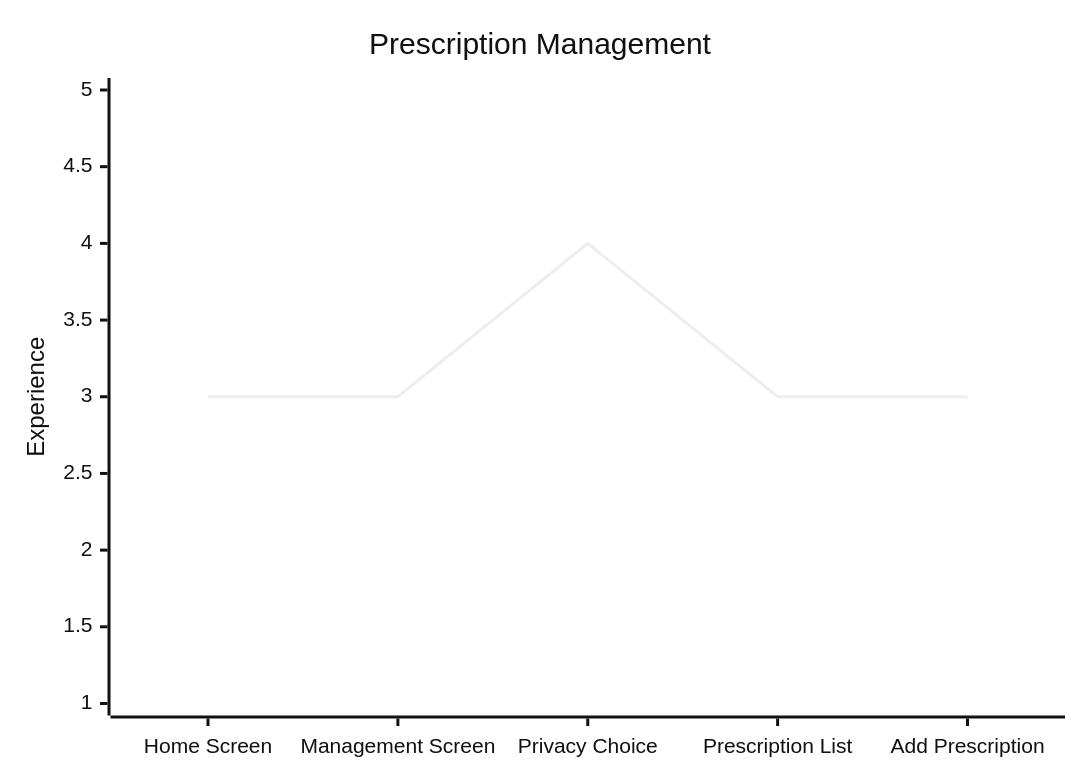
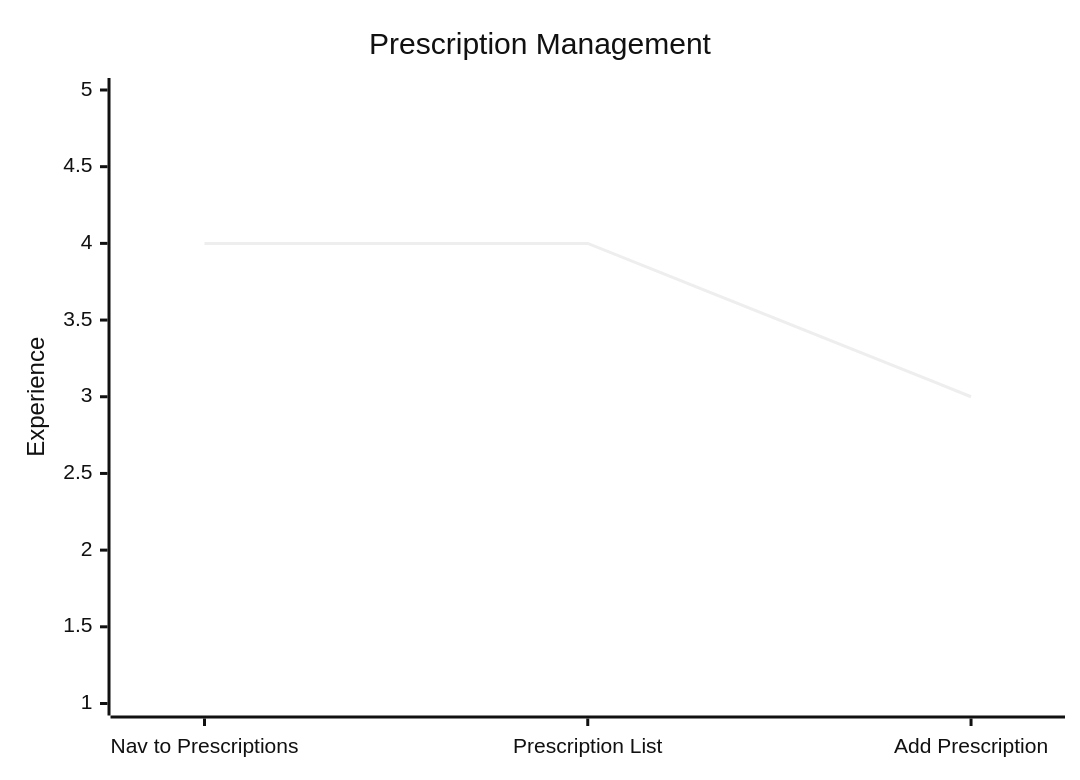
The diagram in docs/journeys/prescription-management.md (ianjmacintosh/pillbug), drawn with Mermaid (neutral theme) before and after one commit. The commit also changed other lines of this file and 2 other files, not shown here.

First line of the commit message:
Document stable prescriptions URL and empty-state behavior (ADR-0022)

````diff
--- a/docs/journeys/prescription-management.md
+++ b/docs/journeys/prescription-management.md
@@ -3,7 +3,7 @@
 ```mermaid
 xychart-beta
     title "Prescription Management"
-    x-axis ["Home Screen", "Management Screen", "Privacy Choice", "Prescription List", "Add Prescription"]
+    x-axis ["Nav to Prescriptions", "Prescription List", "Add Prescription"]
     y-axis "Experience" 1 --> 5
-    line [3, 3, 4, 3, 3]
+    line [4, 4, 3]
 ```
````
